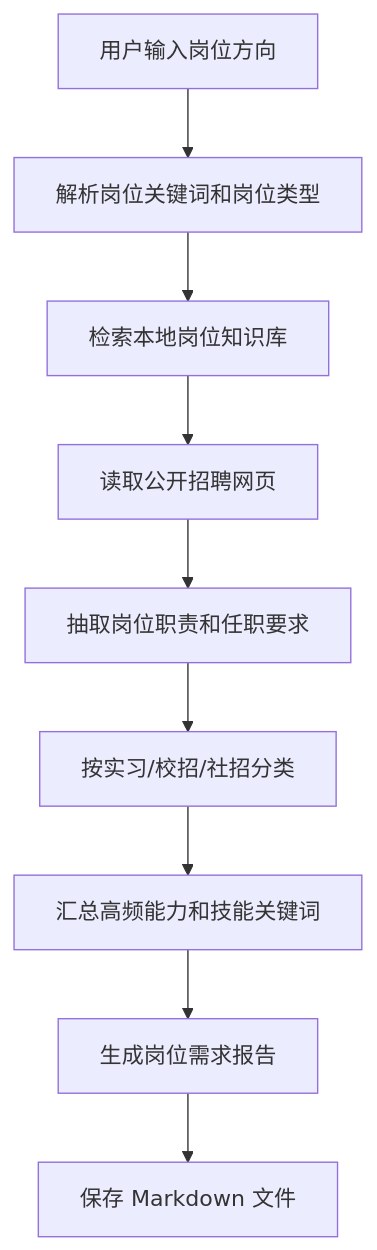
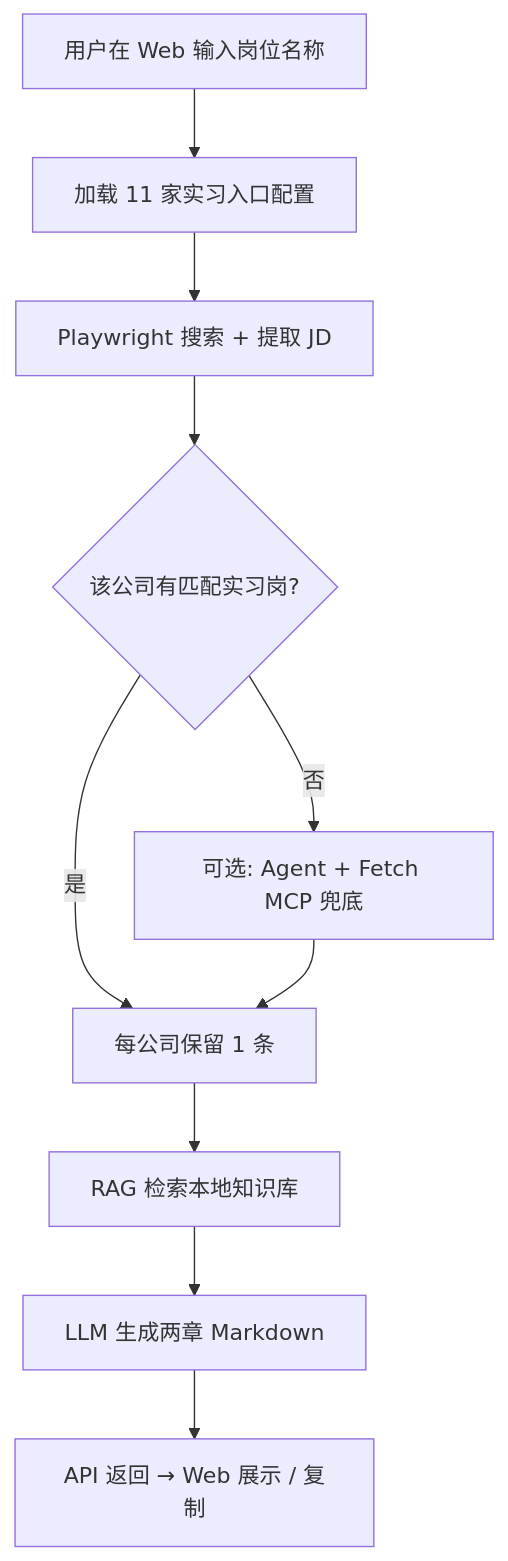
The diagram in AI_JOB_AGENT_PRD.md (sk08lee/AI-JD-search-agent), drawn with Mermaid before and after one commit. The commit also changed other lines of this file and 1 other file, not shown here.

````diff
--- a/AI_JOB_AGENT_PRD.md
+++ b/AI_JOB_AGENT_PRD.md
@@ -50,11 +83,12 @@
 ```mermaid
 flowchart TD
-    A[用户输入岗位方向] --> B[解析岗位关键词和岗位类型]
-    B --> C[检索本地岗位知识库]
-    C --> D[读取公开招聘网页]
-    D --> E[抽取岗位职责和任职要求]
-    E --> F[按实习/校招/社招分类]
-    F --> G[汇总高频能力和技能关键词]
-    G --> H[生成岗位需求报告]
-    H --> I[保存 Markdown 文件]
+    A[用户在 Web 输入岗位名称] --> B[加载 11 家实习入口配置]
+    B --> C[Playwright 搜索 + 提取 JD]
+    C --> D{该公司有匹配实习岗?}
+    D -->|否| E[可选: Agent + Fetch MCP 兜底]
+    D -->|是| F[每公司保留 1 条]
+    E --> F
+    F --> G[RAG 检索本地知识库]
+    G --> H[LLM 生成两章 Markdown]
+    H --> I[API 返回 → Web 展示 / 复制]
 ```
````
